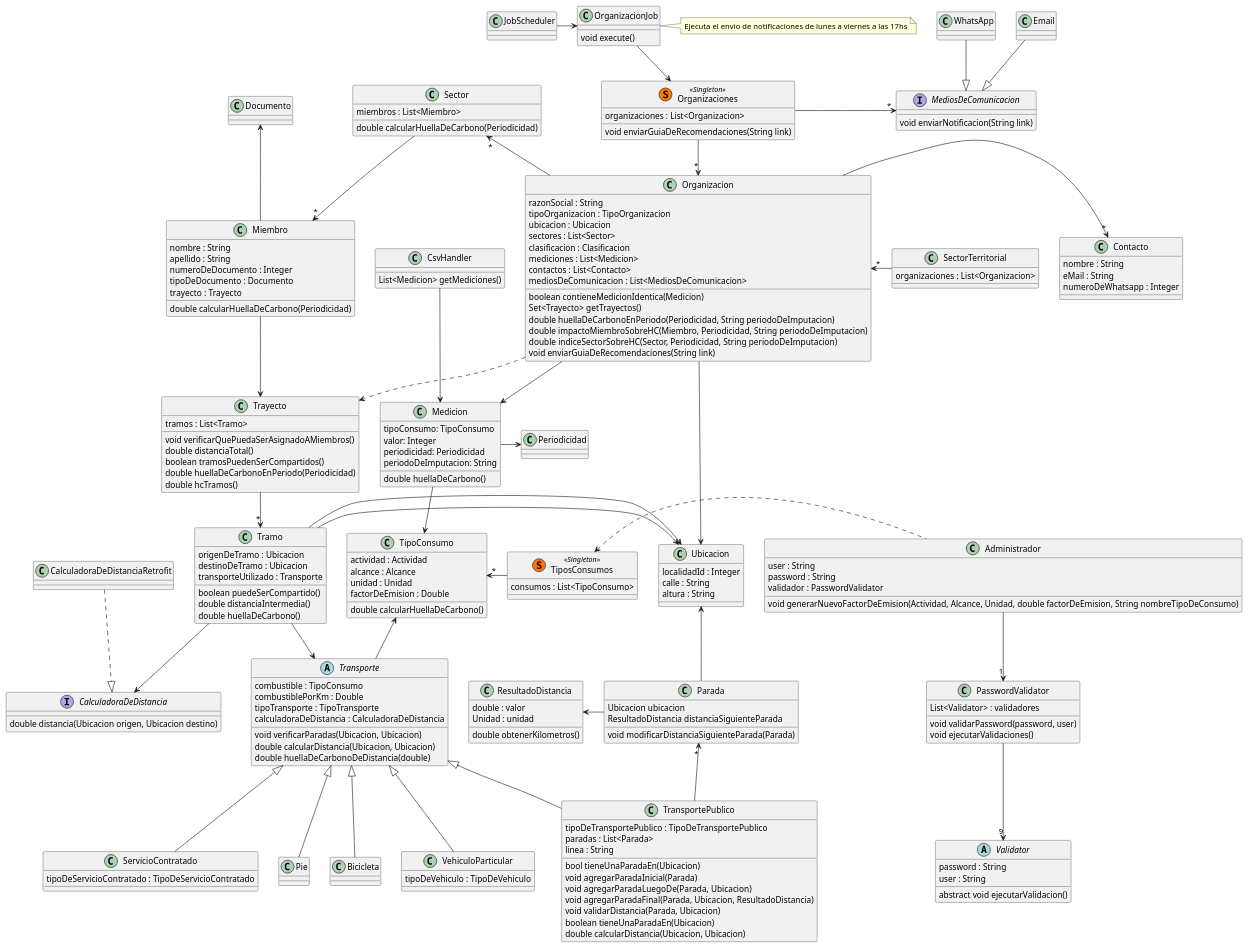
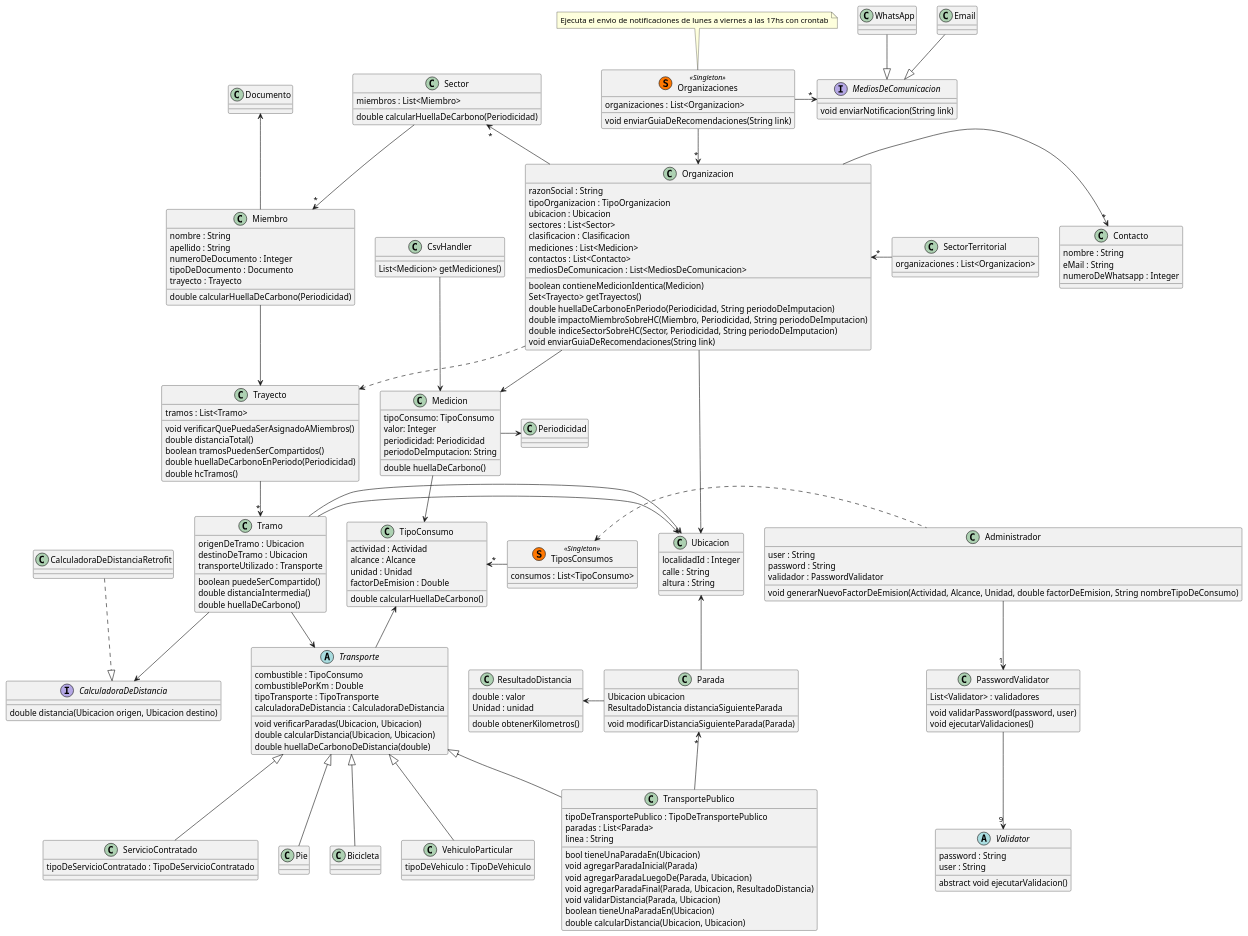
The diagram in Diagrama-simplificado.puml (mbeorlegui/tpa-dds-2022), drawn with PlantUML before and after one commit. The commit also changed 5 other files, not shown here.

Commit message:
Modifica: Scheduler como crontab de Linux + documentacion

```diff
--- a/Diagrama-simplificado.puml
+++ b/Diagrama-simplificado.puml
@@ -243,18 +243,8 @@
 Parada -left-> ResultadoDistancia
 Parada -up-> Ubicacion
 
-class JobScheduler
-
-class OrganizacionJob {
-  void execute()
-}
-
-note right of OrganizacionJob
-  Ejecuta el envio de notificaciones de lunes a viernes a las 17hs
+note top of Organizaciones
+  Ejecuta el envio de notificaciones de lunes a viernes a las 17hs con crontab
 end note
 
-JobScheduler -right-> OrganizacionJob
-OrganizacionJob --> Organizaciones
-
-
 @enduml
```
